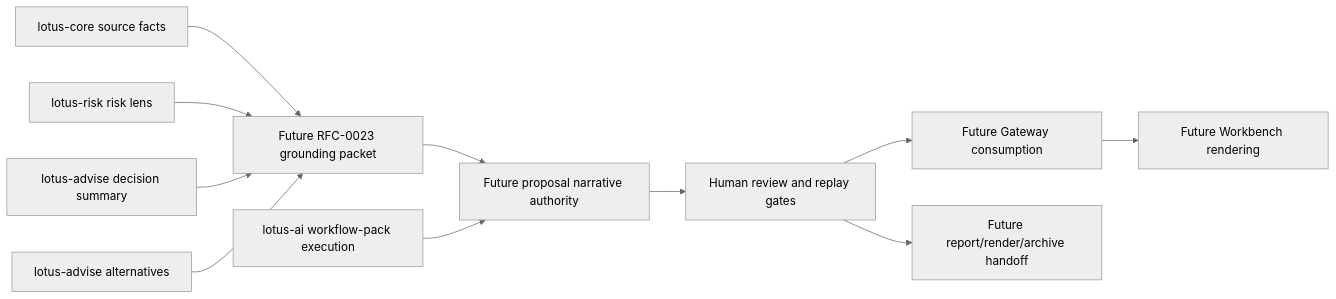
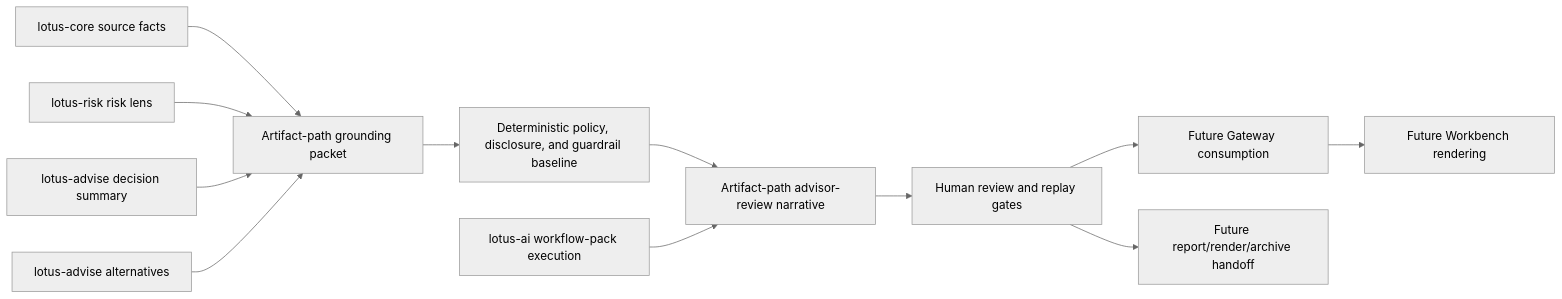
One commit to sgajbi/lotus-advise changed the second of 3 diagrams in wiki/Supported-Features.md. Above: the diagram before and after it, drawn with Mermaid (neutral theme). The commit also changed other lines of this file and 13 other files, not shown here.

Commit message:
feat: add RFC-0023 narrative policy guardrails

````diff
--- a/wiki/Supported-Features.md
+++ b/wiki/Supported-Features.md
@@ -66,13 +66,14 @@
 ```mermaid
 flowchart LR
-    Core[lotus-core source facts] --> Grounding[Future RFC-0023 grounding packet]
+    Core[lotus-core source facts] --> Grounding[Artifact-path grounding packet]
     Risk[lotus-risk risk lens] --> Grounding
     Decision[lotus-advise decision summary] --> Grounding
     Alternatives[lotus-advise alternatives] --> Grounding
-    Grounding --> Narrative[Future proposal narrative authority]
+    Grounding --> Policy[Deterministic policy, disclosure, and guardrail baseline]
+    Policy --> Narrative[Artifact-path advisor-review narrative]
     AI[lotus-ai workflow-pack execution] --> Narrative
     Narrative --> Review[Human review and replay gates]
     Review --> Gateway[Future Gateway consumption]
     Gateway --> Workbench[Future Workbench rendering]
     Review --> Report[Future report/render/archive handoff]
 ```
````
